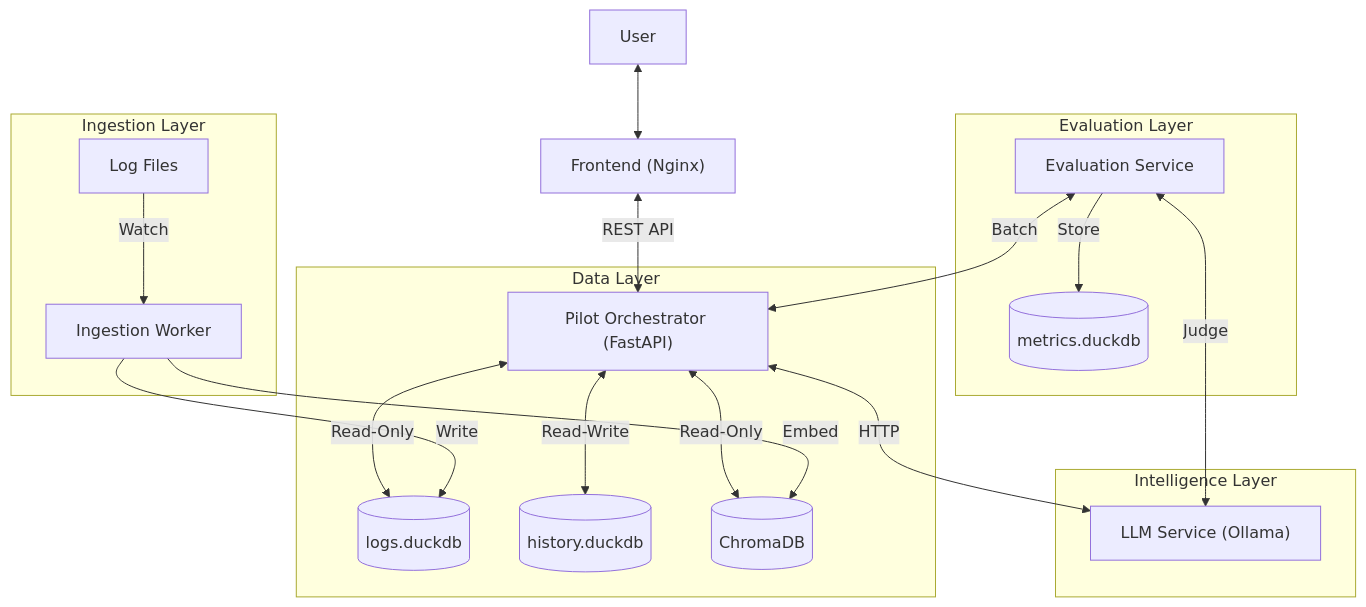
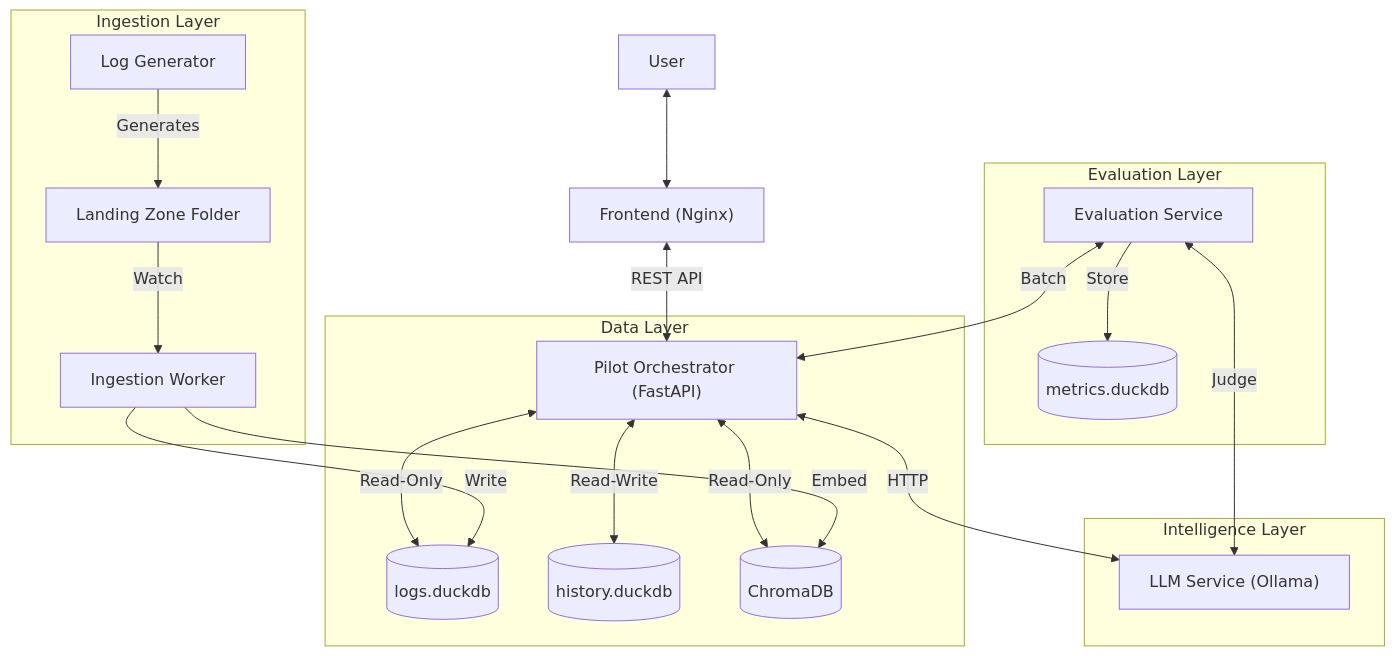
The first of 3 diagrams in docs/architecture.md (Jim-lan/log-pilot), drawn with Mermaid before and after one commit. The commit also changed other lines of this file and 6 other files, not shown here.

````diff
--- a/docs/architecture.md
+++ b/docs/architecture.md
@@ -7,27 +7,28 @@
 ```mermaid
 graph TD
     User[User] <--> Frontend["Frontend (Nginx)"]
     Frontend <--> |REST API| Pilot["Pilot Orchestrator (FastAPI)"]
     
     subgraph "Data Layer"
         Pilot <--> |Read-Only| LogsDB[(logs.duckdb)]
         Pilot <--> |Read-Write| HistoryDB[(history.duckdb)]
         Pilot <--> |Read-Only| VectorDB[(ChromaDB)]
     end
     
     subgraph "Ingestion Layer"
-        LogFiles[Log Files] --> |Watch| Worker[Ingestion Worker]
+        Generator[Log Generator] --> |Generates| LandingZone[Landing Zone Folder]
+        LandingZone --> |Watch| Worker[Ingestion Worker]
         Worker --> |Write| LogsDB
         Worker --> |Embed| VectorDB
     end
     
     subgraph "Intelligence Layer"
         Pilot <--> |HTTP| LLM["LLM Service (Ollama)"]
     end
 
     subgraph "Evaluation Layer"
         Eval[Evaluation Service] <--> |Batch| Pilot
         Eval <--> |Judge| LLM
         Eval --> |Store| MetricsDB[(metrics.duckdb)]
     end
 ```
````
